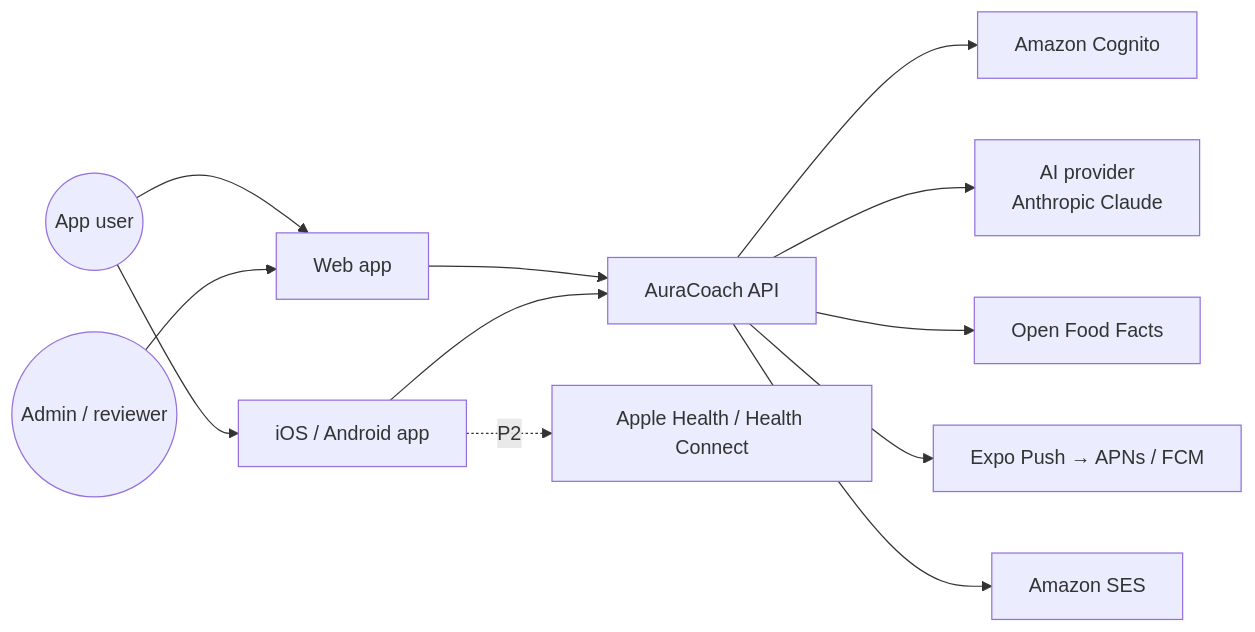
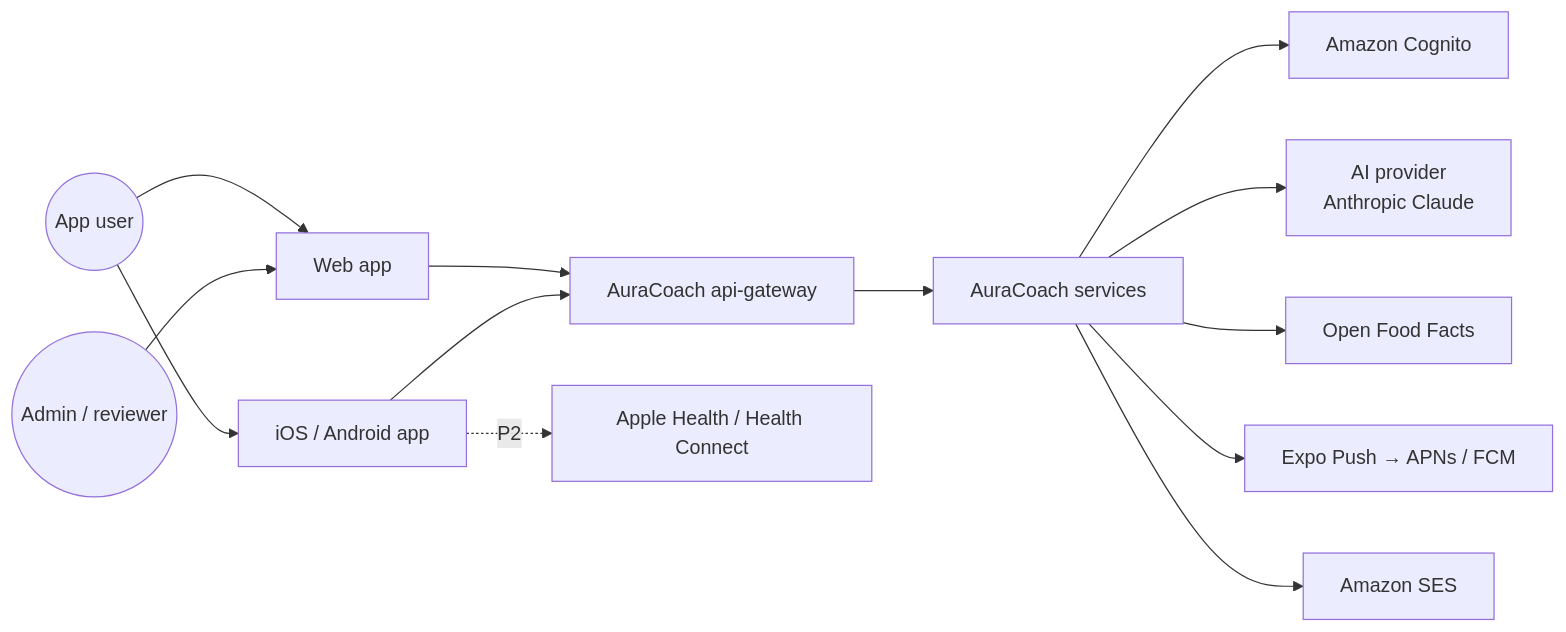
The diagram in docs/architecture/HLD.md (master-node1/theauracoach), drawn with Mermaid before and after one commit. The commit also changed other lines of this file and 37 other files, not shown here.

````diff
--- a/docs/architecture/HLD.md
+++ b/docs/architecture/HLD.md
@@ -31,14 +33,15 @@
 ```mermaid
 flowchart LR
   user((App user)) --> web[Web app]
   user --> mobile[iOS / Android app]
   admin((Admin / reviewer)) --> web
-  web --> api[AuraCoach API]
-  mobile --> api
-  api --> idp[Amazon Cognito]
-  api --> ai[AI provider<br/>Anthropic Claude]
-  api --> off[Open Food Facts]
-  api --> push[Expo Push → APNs / FCM]
-  api --> ses[Amazon SES]
+  web --> gw[AuraCoach api-gateway]
+  mobile --> gw
+  gw --> svcs[AuraCoach services]
+  svcs --> idp[Amazon Cognito]
+  svcs --> ai[AI provider<br/>Anthropic Claude]
+  svcs --> off[Open Food Facts]
+  svcs --> push[Expo Push → APNs / FCM]
+  svcs --> ses[Amazon SES]
   mobile -. P2 .-> health[Apple Health / Health Connect]
 ```
````
